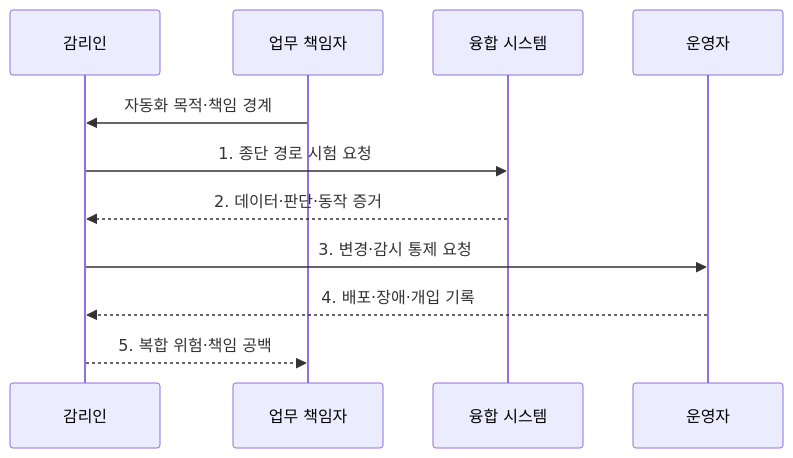
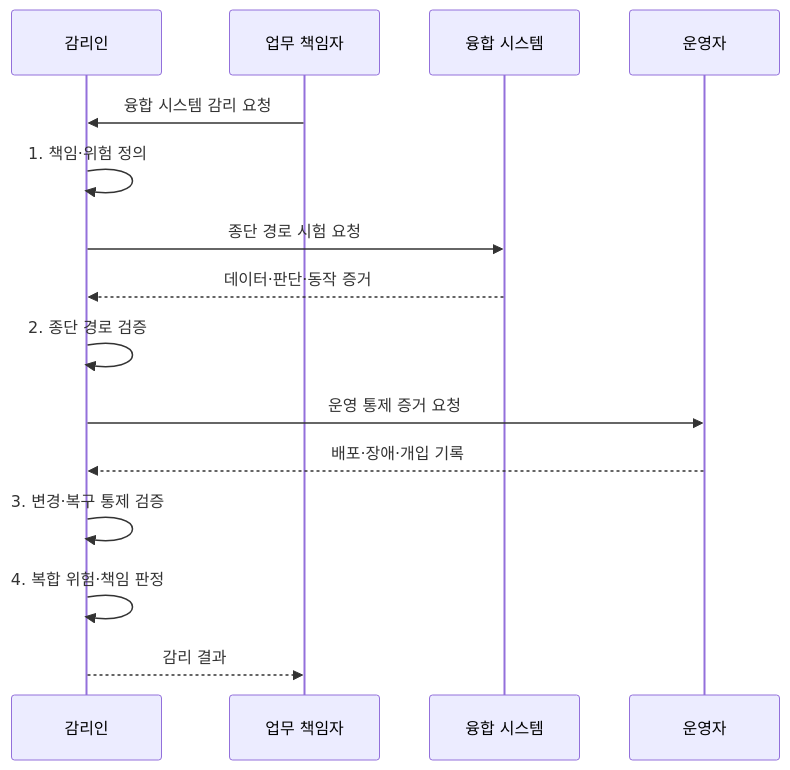
The second of 2 diagrams in src/content/docs/notes/06-evaluation/046_intelligent_it_audit.md (agnusdei1207/knowledge-base), drawn with Mermaid before and after one commit. The commit also changed other lines of this file and 11 other files, not shown here.

````diff
--- a/src/content/docs/notes/06-evaluation/046_intelligent_it_audit.md
+++ b/src/content/docs/notes/06-evaluation/046_intelligent_it_audit.md
@@ -86,13 +86,17 @@
 ```mermaid
 sequenceDiagram
     participant A as 감리인
     participant B as 업무 책임자
     participant S as 융합 시스템
     participant O as 운영자
-    B->>A: 자동화 목적·책임 경계
-    A->>S: 1. 종단 경로 시험 요청
-    S-->>A: 2. 데이터·판단·동작 증거
-    A->>O: 3. 변경·감시 통제 요청
-    O-->>A: 4. 배포·장애·개입 기록
-    A-->>B: 5. 복합 위험·책임 공백
+    B->>A: 융합 시스템 감리 요청
+    A->>A: 1. 책임·위험 정의
+    A->>S: 종단 경로 시험 요청
+    S-->>A: 데이터·판단·동작 증거
+    A->>A: 2. 종단 경로 검증
+    A->>O: 운영 통제 증거 요청
+    O-->>A: 배포·장애·개입 기록
+    A->>A: 3. 변경·복구 통제 검증
+    A->>A: 4. 복합 위험·책임 판정
+    A-->>B: 감리 결과
 ```
````
